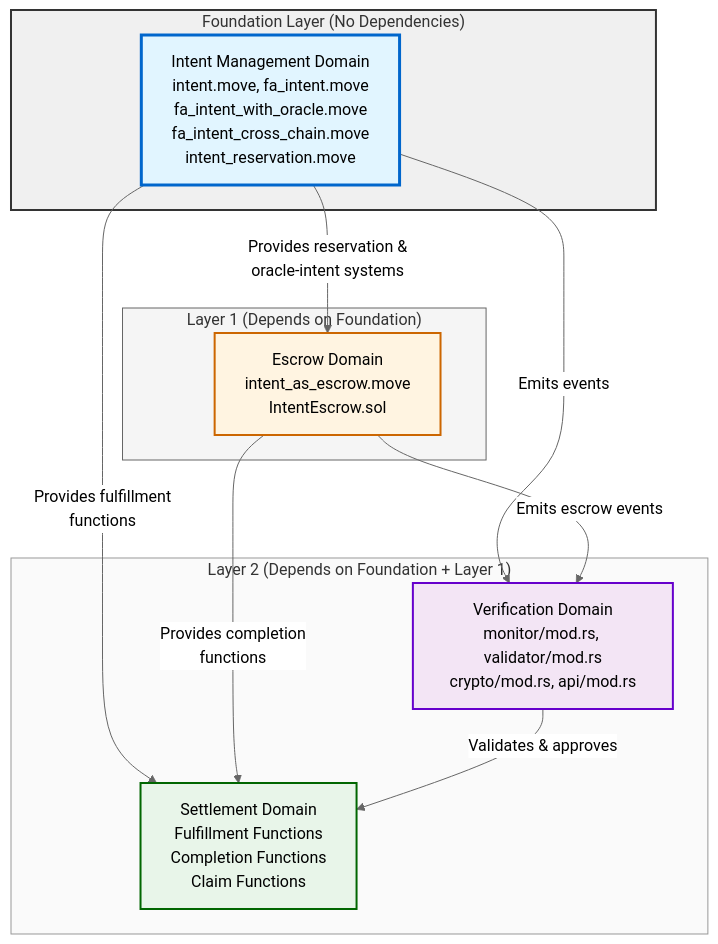
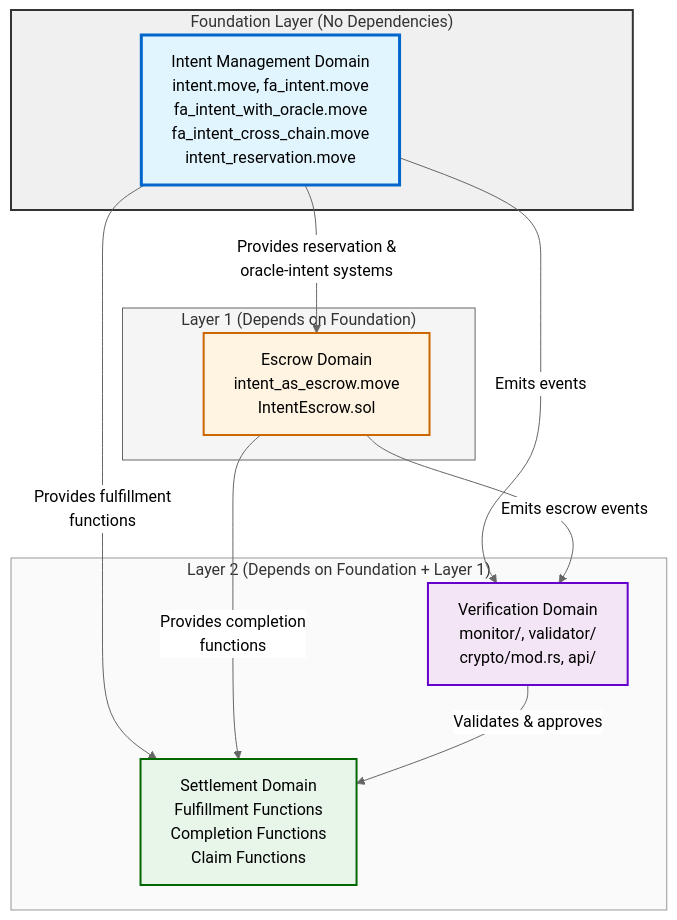
Before and after one commit to apenzk/int3nts: the first of 2 diagrams in .taskmaster/docs/architecture-component-mapping.md, drawn with Mermaid (neutral theme). The commit also changed other lines of this file and 220 other files, not shown here.

First line of the commit message:
feat: outflow intent flow for MVM and EVM connected chains (#25)

````diff
--- a/.taskmaster/docs/architecture-component-mapping.md
+++ b/.taskmaster/docs/architecture-component-mapping.md
@@ -16,30 +16,30 @@
 ```mermaid
 graph TB
     subgraph Foundation["Foundation Layer (No Dependencies)"]
         IM[Intent Management Domain<br/>intent.move, fa_intent.move<br/>fa_intent_with_oracle.move<br/>fa_intent_cross_chain.move<br/>intent_reservation.move]
     end
     
     subgraph Layer1["Layer 1 (Depends on Foundation)"]
         EM[Escrow Domain<br/>intent_as_escrow.move<br/>IntentEscrow.sol]
     end
     
     subgraph Layer2["Layer 2 (Depends on Foundation + Layer 1)"]
         SM[Settlement Domain<br/>Fulfillment Functions<br/>Completion Functions<br/>Claim Functions]
-        VM[Verification Domain<br/>monitor/mod.rs, validator/mod.rs<br/>crypto/mod.rs, api/mod.rs]
+        VM[Verification Domain<br/>monitor/, validator/<br/>crypto/mod.rs, api/]
     end
     
     IM -->|Provides reservation &<br/>oracle-intent systems| EM
     IM -->|Provides fulfillment<br/>functions| SM
     IM -->|Emits events| VM
     EM -->|Provides completion<br/>functions| SM
     EM -->|Emits escrow events| VM
     VM -->|Validates & approves| SM
     
     style IM fill:#e1f5ff,stroke:#0066cc,stroke-width:3px
     style EM fill:#fff4e1,stroke:#cc6600,stroke-width:2px
     style SM fill:#e8f5e9,stroke:#006600,stroke-width:2px
     style VM fill:#f3e5f5,stroke:#6600cc,stroke-width:2px
     style Foundation fill:#f0f0f0,stroke:#333,stroke-width:2px
     style Layer1 fill:#f5f5f5,stroke:#666,stroke-width:1px
     style Layer2 fill:#fafafa,stroke:#999,stroke-width:1px
 ```
````
